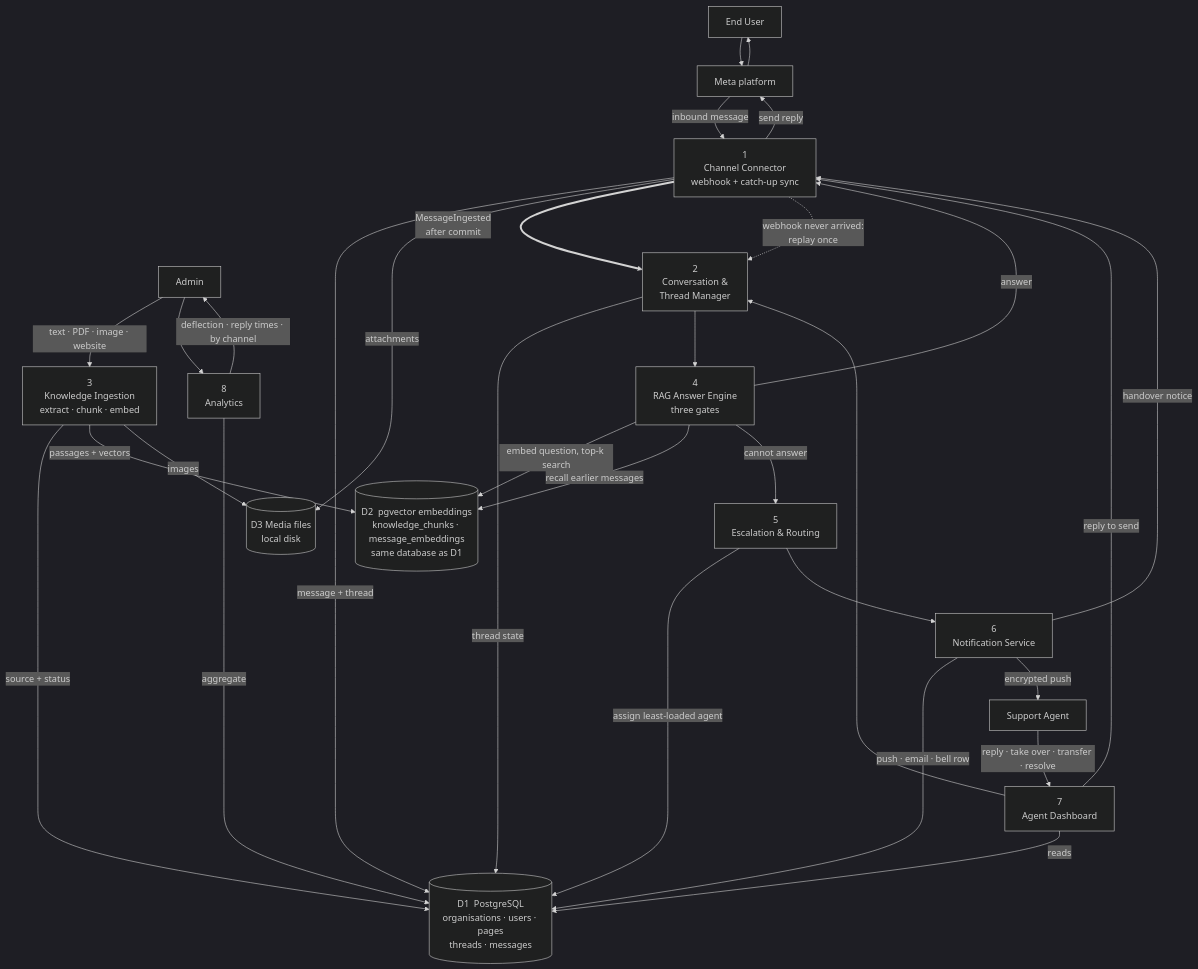
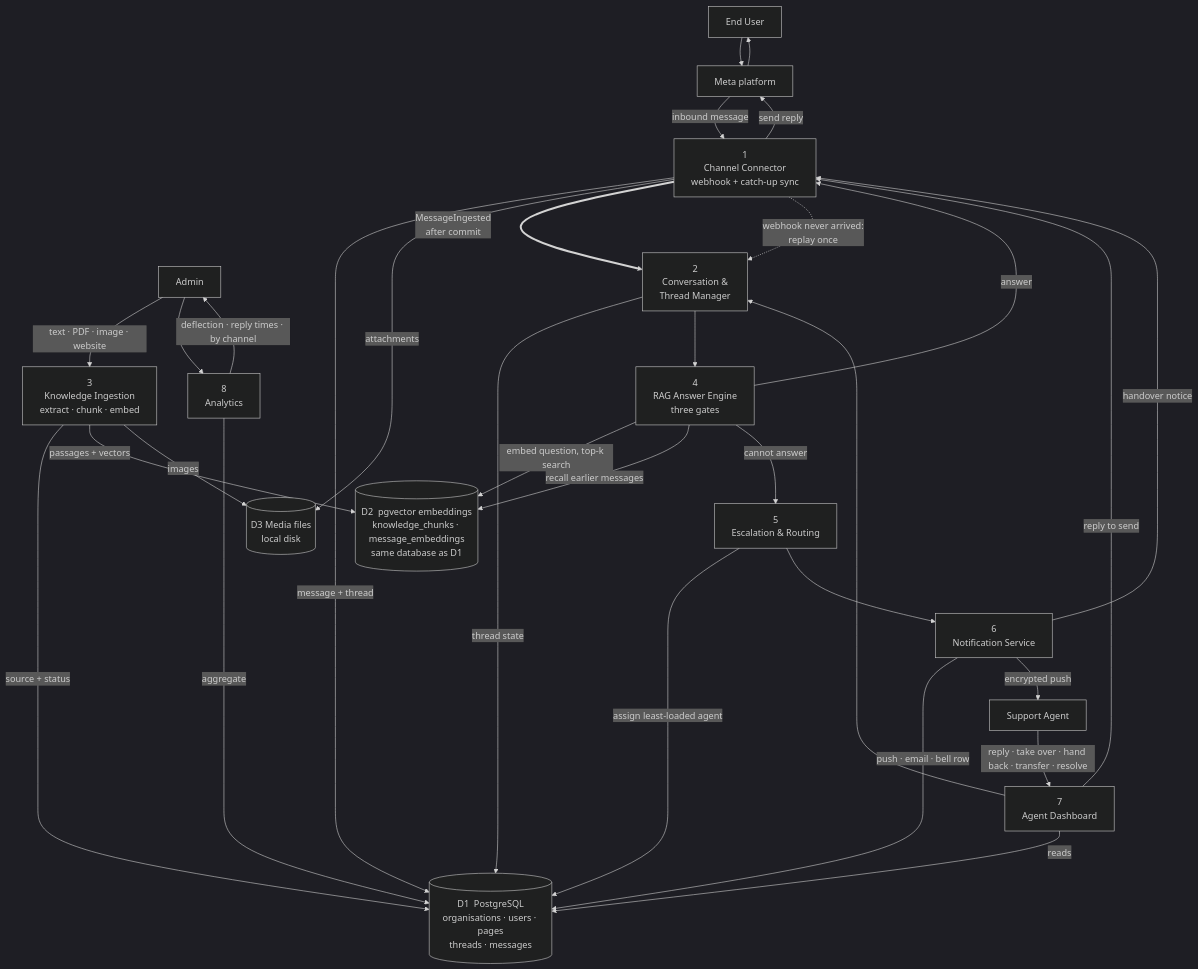
One commit to SayubShakya/eksamadhan-ai changed the diagram in docs/system-design/new-system-design/workflow-diagram/Level 1 Data Flow Diagram/README.md. Above: the diagram before and after it, drawn with Mermaid (dark theme). The commit also changed other lines of this file and 65 other files, not shown here.

Commit message:
updated draw.io diagram

````diff
--- a/docs/system-design/new-system-design/workflow-diagram/Level 1 Data Flow Diagram/README.md
+++ b/docs/system-design/new-system-design/workflow-diagram/Level 1 Data Flow Diagram/README.md
@@ -12,58 +12,58 @@
 ```mermaid
 flowchart TB
     customer["End User"]
     agent["Support Agent"]
     admin["Admin"]
     meta["Meta platform"]
 
     p1["1<br/>Channel Connector<br/>webhook + catch-up sync"]
     p2["2<br/>Conversation &<br/>Thread Manager"]
     p3["3<br/>Knowledge Ingestion<br/>extract · chunk · embed"]
     p4["4<br/>RAG Answer Engine<br/>three gates"]
     p5["5<br/>Escalation & Routing"]
     p6["6<br/>Notification Service"]
     p7["7<br/>Agent Dashboard"]
     p8["8<br/>Analytics"]
 
     d1[("D1  PostgreSQL<br/>organisations · users · pages<br/>threads · messages")]
     d2[("D2  pgvector embeddings<br/>knowledge_chunks · message_embeddings<br/>same database as D1")]
     d3[("D3  Media files<br/>local disk")]
 
     customer --> meta
     meta -->|"inbound message"| p1
     p1 -->|"message + thread"| d1
     p1 -->|"attachments"| d3
 
     p1 ==>|"MessageIngested<br/>after commit"| p2
     p2 -->|"thread state"| d1
     p2 --> p4
 
     admin -->|"text · PDF · image · website"| p3
     p3 -->|"source + status"| d1
     p3 -->|"passages + vectors"| d2
     p3 -->|"images"| d3
 
     p4 -->|"embed question, top-k search"| d2
     p4 -->|"recall earlier messages"| d2
     p4 -->|"answer"| p1
     p1 -->|"send reply"| meta
     meta --> customer
 
     p4 -->|"cannot answer"| p5
     p5 -->|"assign least-loaded agent"| d1
     p5 --> p6
     p6 -->|"push · email · bell row"| d1
     p6 -->|"encrypted push"| agent
     p6 -->|"handover notice"| p1
 
-    agent -->|"reply · take over · transfer · resolve"| p7
+    agent -->|"reply · take over · hand back · transfer · resolve"| p7
     p7 --> p2
     p7 -->|"reads"| d1
     p7 -->|"reply to send"| p1
 
     admin --> p8
     p8 -->|"aggregate"| d1
     p8 -->|"deflection · reply times · by channel"| admin
 
     p1 -.->|"webhook never arrived:<br/>replay once"| p2
 ```
````
